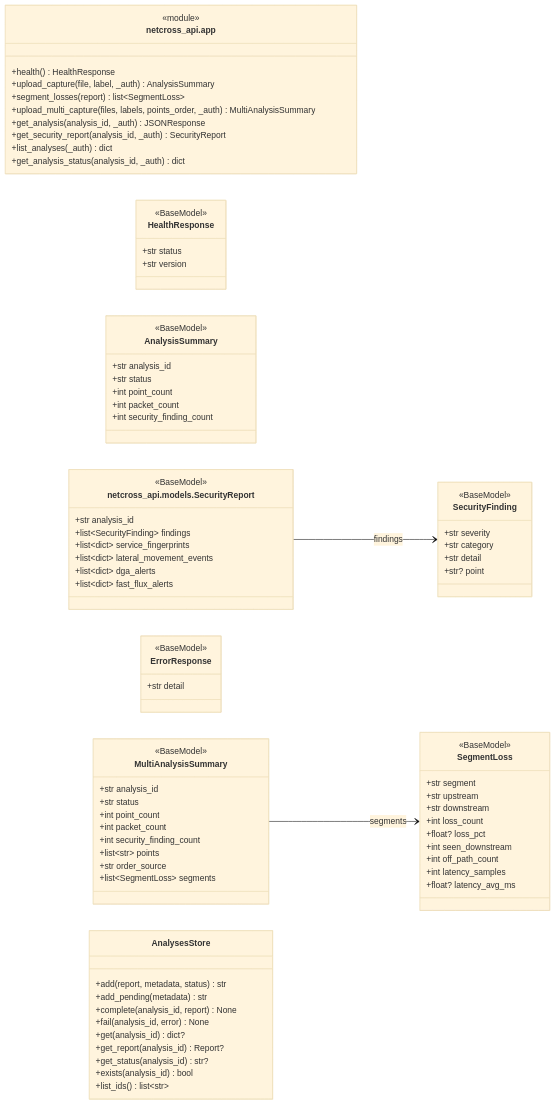
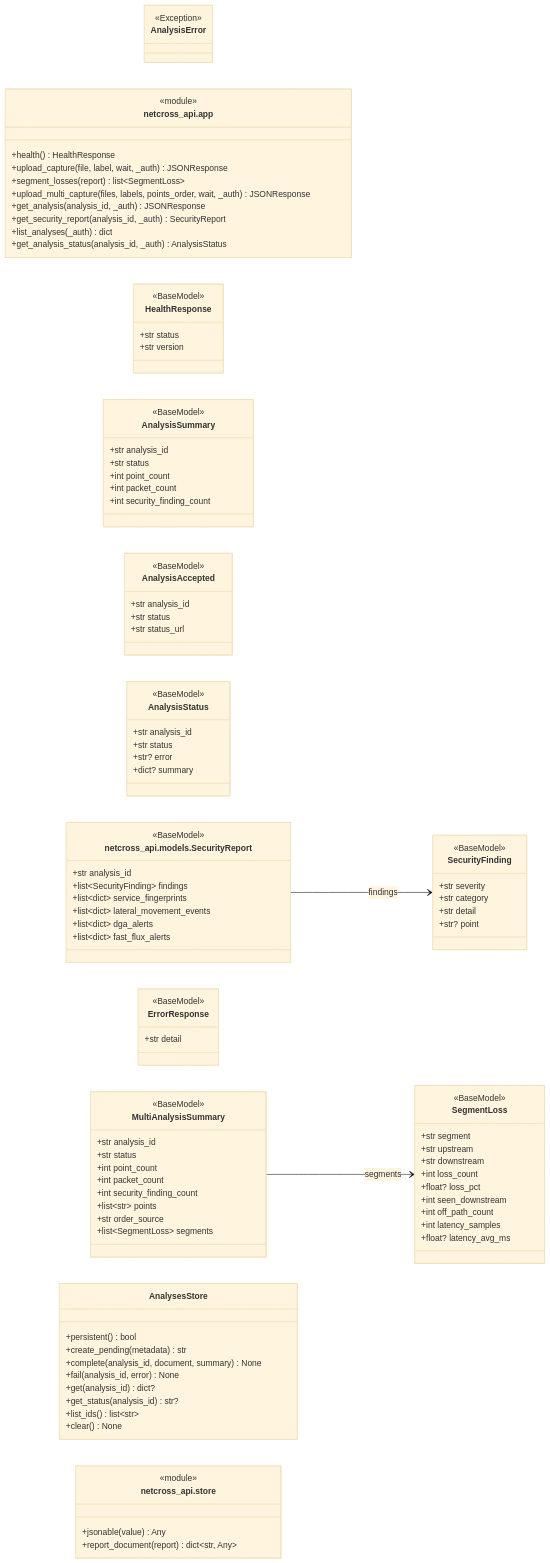
One commit to MathildeDec/Netcross changed diagram 17 of 19 in docs/class-diagram.md. Above: the diagram before and after it, drawn with Mermaid (base theme). The commit also changed other lines of this file and 8 other files, not shown here.

First line of the commit message:
feat(#356): API deployable -- tache de fond, upload borne, persistance SQLite

```diff
--- a/docs/class-diagram.md
+++ b/docs/class-diagram.md
@@ -3716,16 +3716,19 @@
     direction LR
 
     %% ===== netcross_api.app =====
+    class AnalysisError {
+        <<Exception>>
+    }
     class mod_netcross_api_app["netcross_api.app"] {
         <<module>>
         +health() HealthResponse
-        +upload_capture(file, label, _auth) AnalysisSummary
+        +upload_capture(file, label, wait, _auth) JSONResponse
         +segment_losses(report) list~SegmentLoss~
-        +upload_multi_capture(files, labels, points_order, _auth) MultiAnalysisSummary
+        +upload_multi_capture(files, labels, points_order, wait, _auth) JSONResponse
         +get_analysis(analysis_id, _auth) JSONResponse
         +get_security_report(analysis_id, _auth) SecurityReport
         +list_analyses(_auth) dict
-        +get_analysis_status(analysis_id, _auth) dict
+        +get_analysis_status(analysis_id, _auth) AnalysisStatus
     }
 
     %% ===== netcross_api.models =====
@@ -3741,6 +3744,19 @@
         +int point_count
         +int packet_count
         +int security_finding_count
+    }
+    class AnalysisAccepted {
+        <<BaseModel>>
+        +str analysis_id
+        +str status
+        +str status_url
+    }
+    class AnalysisStatus {
+        <<BaseModel>>
+        +str analysis_id
+        +str status
+        +str? error
+        +dict? summary
     }
     class SecurityFinding {
         <<BaseModel>>
@@ -3788,15 +3804,19 @@
 
     %% ===== netcross_api.store =====
     class AnalysesStore {
-        +add(report, metadata, status) str
-        +add_pending(metadata) str
-        +complete(analysis_id, report) None
+        +persistent() bool
+        +create_pending(metadata) str
+        +complete(analysis_id, document, summary) None
         +fail(analysis_id, error) None
         +get(analysis_id) dict?
-        +get_report(analysis_id) Report?
         +get_status(analysis_id) str?
-        +exists(analysis_id) bool
         +list_ids() list~str~
+        +clear() None
+    }
+    class mod_netcross_api_store["netcross_api.store"] {
+        <<module>>
+        +jsonable(value) Any
+        +report_document(report) dict~str, Any~
     }
 
     %% ===== relations =====
```
